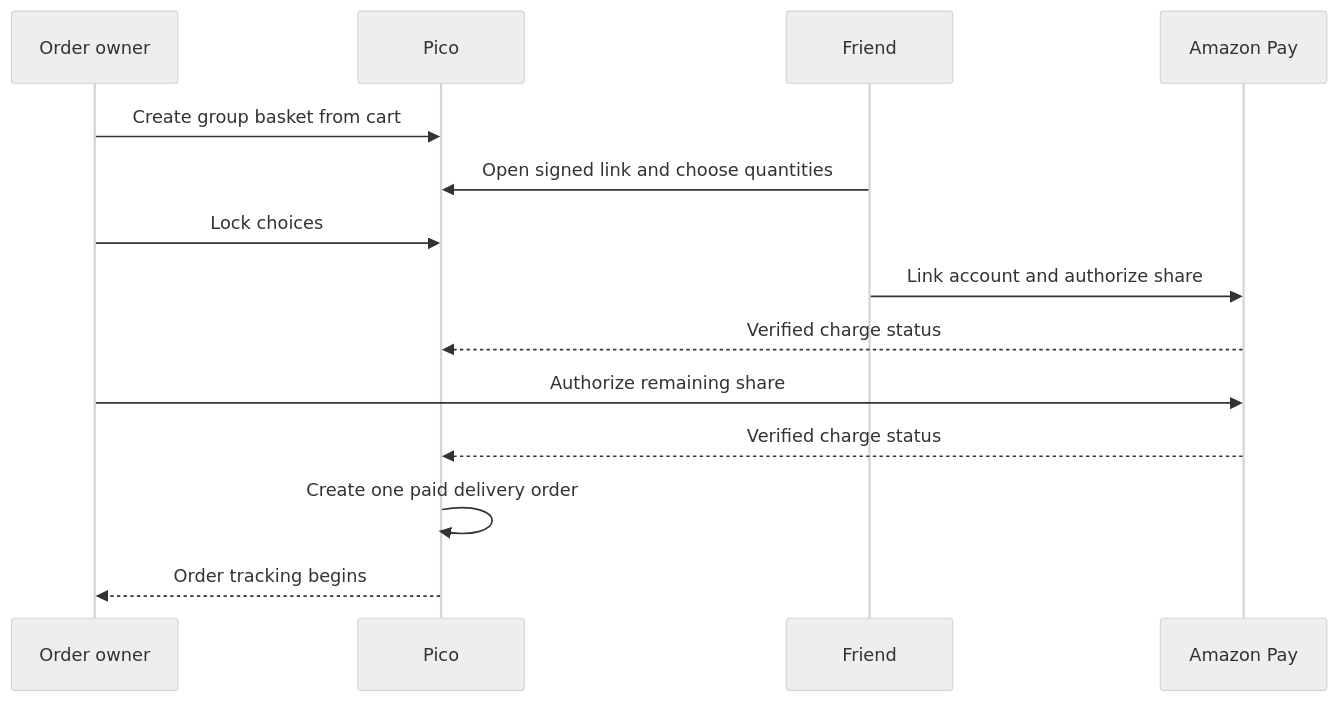
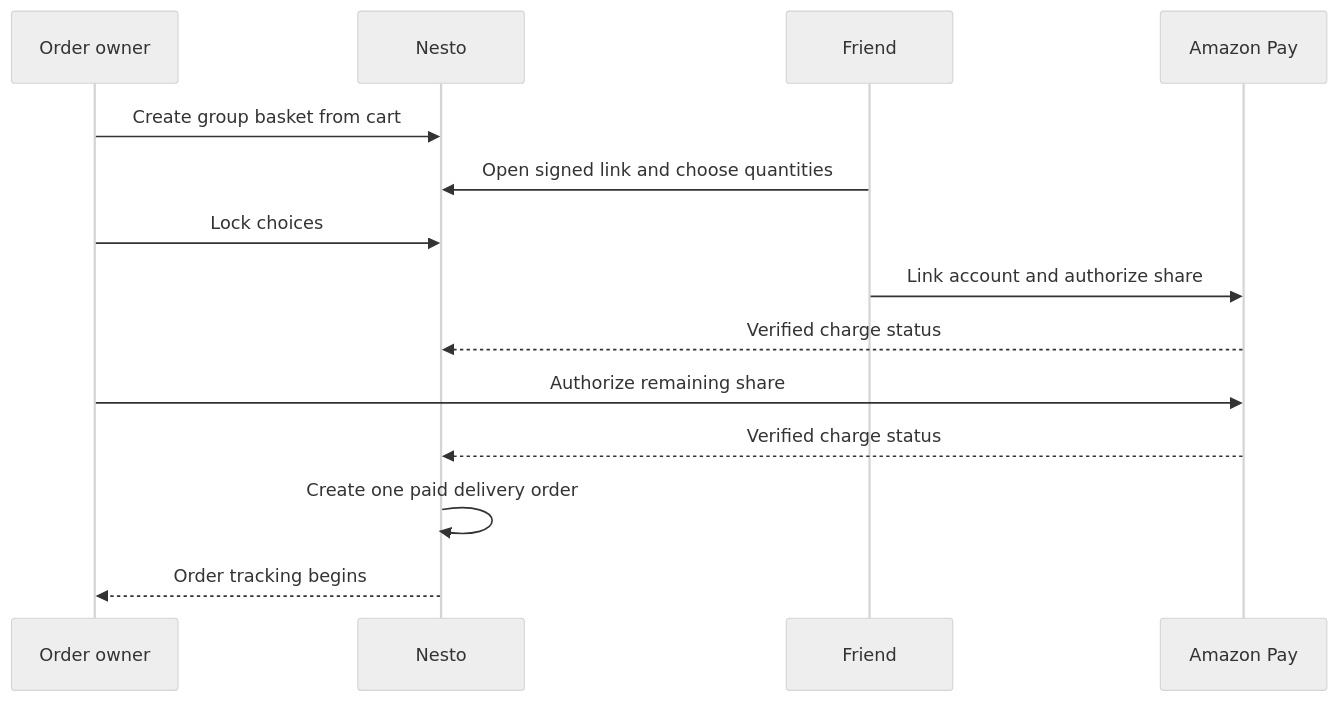
The second of 2 diagrams in docs/architecture.md (rushikesh0022/WemakeDev), drawn with Mermaid (neutral theme) before and after one commit. The commit also changed other lines of this file and 33 other files, not shown here.

````diff
--- a/docs/architecture.md
+++ b/docs/architecture.md
@@ -45,16 +45,16 @@
 ```mermaid
 sequenceDiagram
   participant O as Order owner
-  participant P as Pico
+  participant P as Nesto
   participant F as Friend
   participant A as Amazon Pay
   O->>P: Create group basket from cart
   F->>P: Open signed link and choose quantities
   O->>P: Lock choices
   F->>A: Link account and authorize share
   A-->>P: Verified charge status
   O->>A: Authorize remaining share
   A-->>P: Verified charge status
   P->>P: Create one paid delivery order
   P-->>O: Order tracking begins
 ```
````
